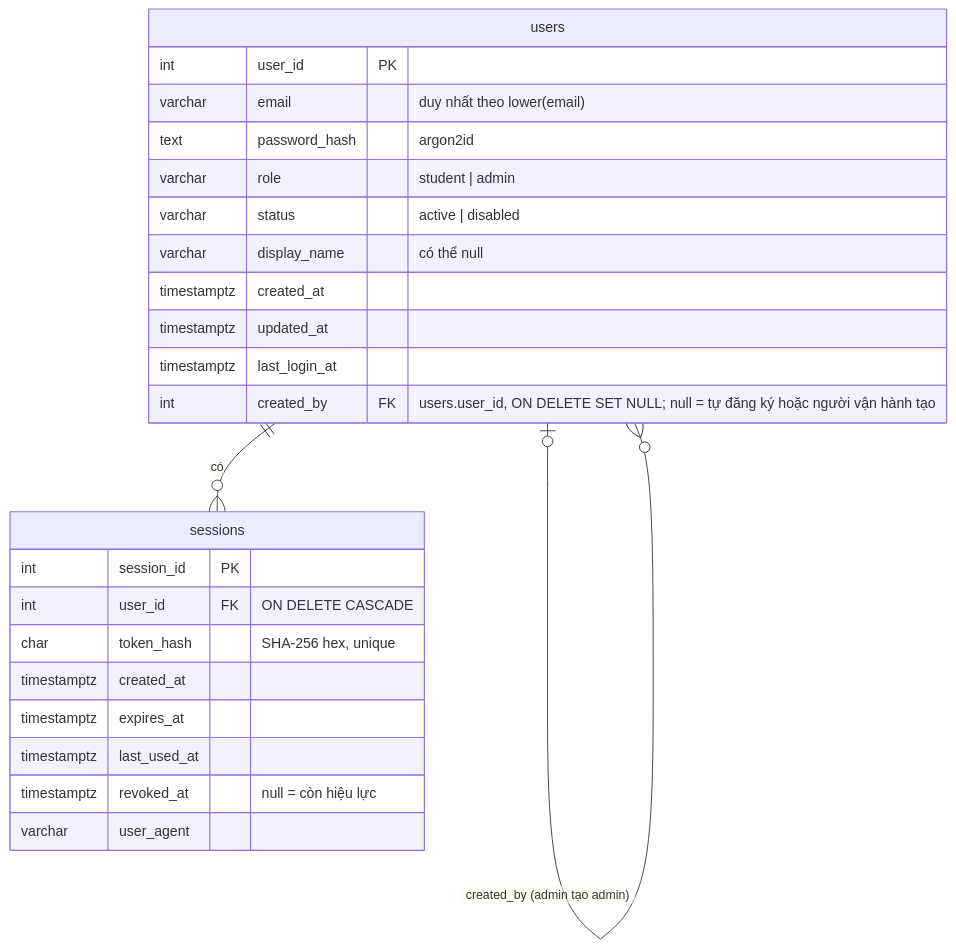
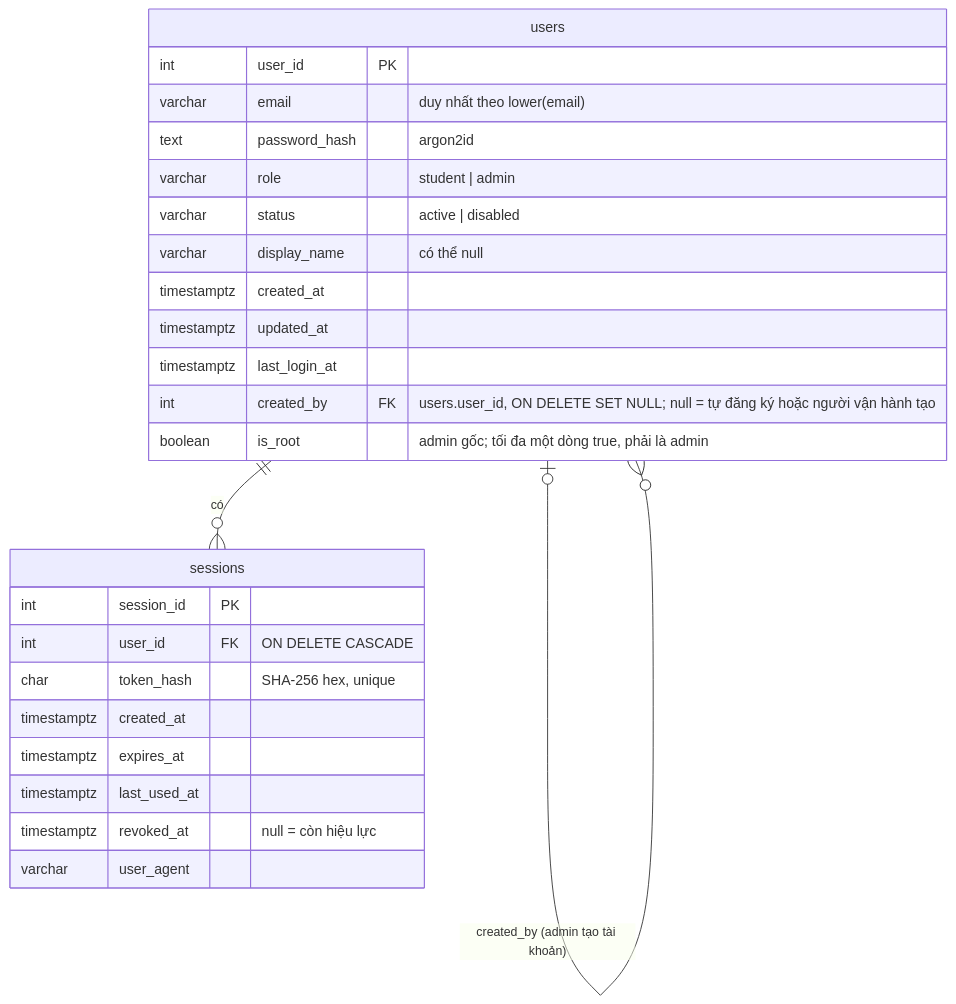
One commit to Minhduc7904/K5-Day15-L3B-xoilac changed the first of 5 diagrams in docs/architecture/backend-auth.md. Above: the diagram before and after it, drawn with Mermaid. The commit also changed other lines of this file and 10 other files, not shown here.

First line of the commit message:
#20: tài liệu quản lý người dùng, realtime và admin gốc

````diff
--- a/docs/architecture/backend-auth.md
+++ b/docs/architecture/backend-auth.md
@@ -35,27 +36,28 @@
 ```mermaid
 erDiagram
   users ||--o{ sessions : "có"
-  users |o--o{ users : "created_by (admin tạo admin)"
+  users |o--o{ users : "created_by (admin tạo tài khoản)"
   users {
     int user_id PK
     varchar email "duy nhất theo lower(email)"
     text password_hash "argon2id"
     varchar role "student | admin"
     varchar status "active | disabled"
     varchar display_name "có thể null"
     timestamptz created_at
     timestamptz updated_at
     timestamptz last_login_at
     int created_by FK "users.user_id, ON DELETE SET NULL; null = tự đăng ký hoặc người vận hành tạo"
+    boolean is_root "admin gốc; tối đa một dòng true, phải là admin"
   }
   sessions {
     int session_id PK
     int user_id FK "ON DELETE CASCADE"
     char token_hash "SHA-256 hex, unique"
     timestamptz created_at
     timestamptz expires_at
     timestamptz last_used_at
     timestamptz revoked_at "null = còn hiệu lực"
     varchar user_agent
   }
 ```
````
